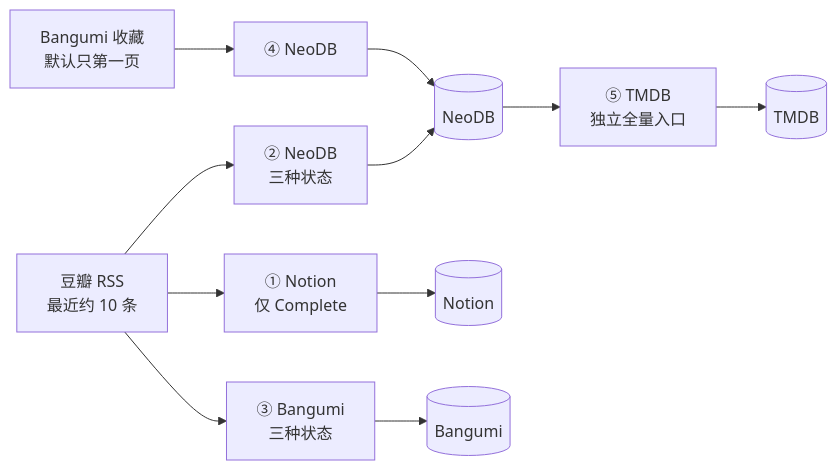
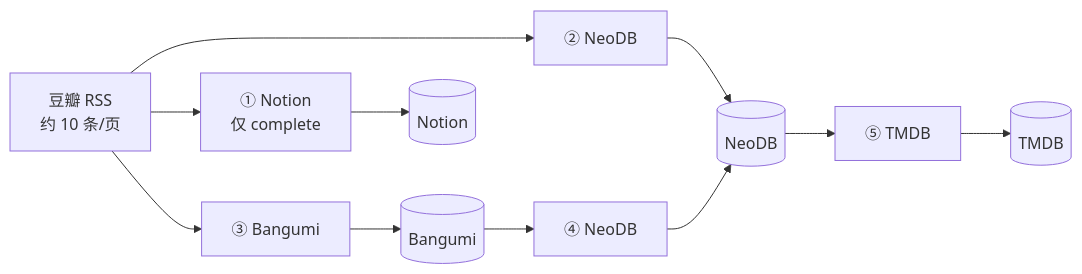
One commit to sachikoakina/Audiovisual-Transporter changed the first of 4 diagrams in README.md. Above: the diagram before and after it, drawn with Mermaid. The commit also changed other lines of this file and 45 other files, not shown here.

````diff
--- a/README.md
+++ b/README.md
@@ -34,13 +7,13 @@
 ```mermaid
 flowchart LR
-    RSS["豆瓣 RSS<br/>最近约 10 条"] --> P1["① Notion<br/>仅 Complete"]
-    RSS --> P2["② NeoDB<br/>三种状态"]
-    RSS --> P3["③ Bangumi<br/>三种状态"]
-    BG["Bangumi 收藏<br/>默认只第一页"] --> P4["④ NeoDB"]
-    P2 --> N[("NeoDB")]
-    P4 --> N
-    N --> P5["⑤ TMDB<br/>独立全量入口"]
-    P1 --> NO[("Notion")]
-    P3 --> BM[("Bangumi")]
-    P5 --> T[("TMDB")]
+  RSS["豆瓣 RSS<br/>约 10 条/页"] --> P1["① Notion<br/>仅 complete"]
+  RSS --> P2["② NeoDB"]
+  RSS --> P3["③ Bangumi"]
+  P2 --> NEODB[("NeoDB")]
+  P3 --> BGM[("Bangumi")]
+  BGM --> P4["④ NeoDB"]
+  P4 --> NEODB
+  NEODB --> P5["⑤ TMDB"]
+  P1 --> NOTION[("Notion")]
+  P5 --> TMDB[("TMDB")]
 ```
````
